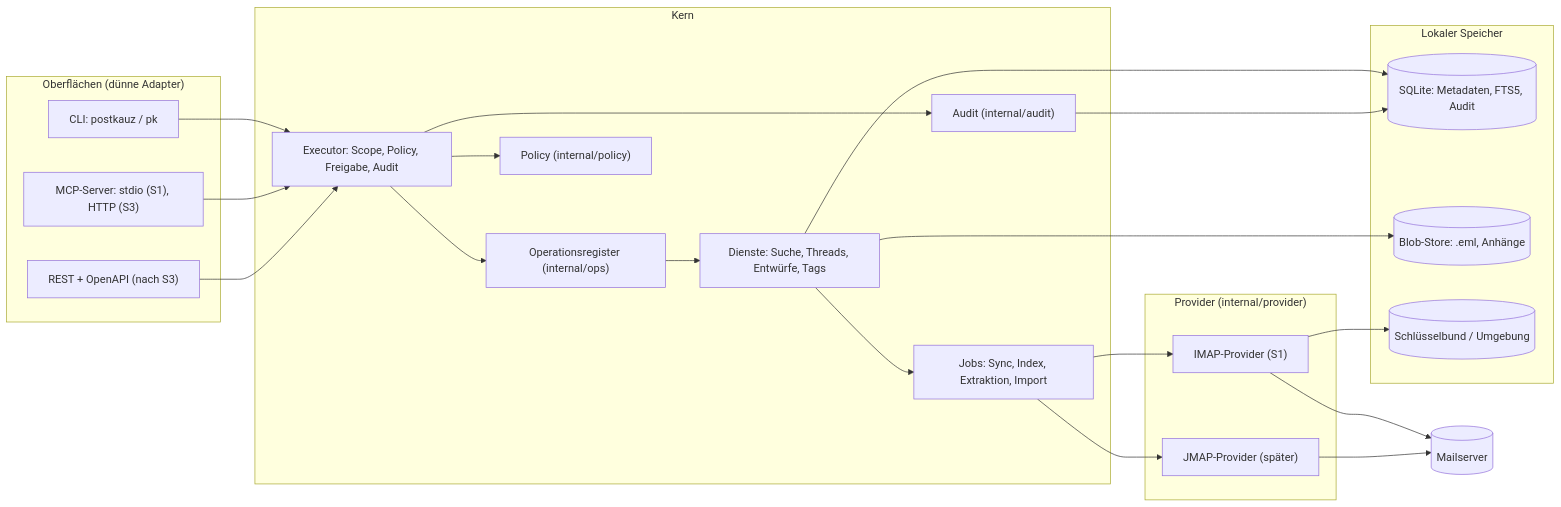
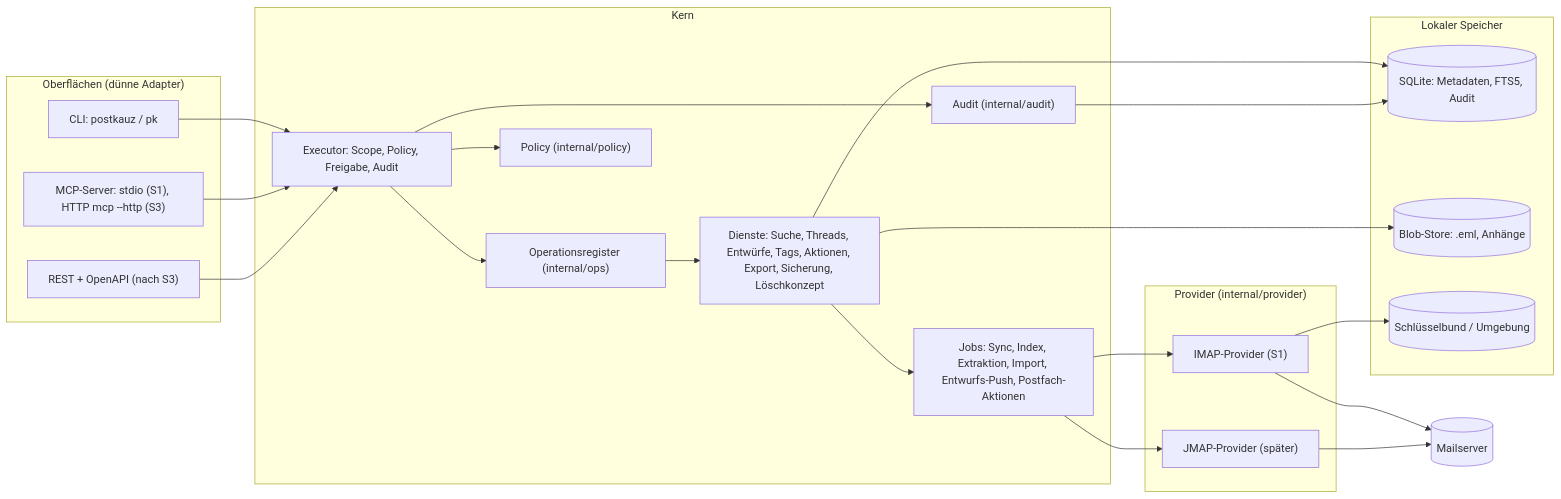
The first of 2 diagrams in docs/architektur.md (KNUFFIXX/postkauz), drawn with Mermaid before and after one commit. The commit also changed other lines of this file and 7 other files, not shown here.

````diff
--- a/docs/architektur.md
+++ b/docs/architektur.md
@@ -13,43 +13,43 @@
 ```mermaid
 flowchart LR
   subgraph Oberflaechen["Oberflächen (dünne Adapter)"]
     CLI["CLI: postkauz / pk"]
-    MCP["MCP-Server: stdio (S1), HTTP (S3)"]
+    MCP["MCP-Server: stdio (S1), HTTP mcp --http (S3)"]
     REST["REST + OpenAPI (nach S3)"]
   end
   subgraph Kern["Kern"]
     REG["Operationsregister (internal/ops)"]
     EXE["Executor: Scope, Policy, Freigabe, Audit"]
     POL["Policy (internal/policy)"]
     AUD["Audit (internal/audit)"]
-    SVC["Dienste: Suche, Threads, Entwürfe, Tags"]
-    JOB["Jobs: Sync, Index, Extraktion, Import"]
+    SVC["Dienste: Suche, Threads, Entwürfe, Tags, Aktionen, Export, Sicherung, Löschkonzept"]
+    JOB["Jobs: Sync, Index, Extraktion, Import, Entwurfs-Push, Postfach-Aktionen"]
   end
   subgraph Speicher["Lokaler Speicher"]
     DB[("SQLite: Metadaten, FTS5, Audit")]
     BLOB[("Blob-Store: .eml, Anhänge")]
     KEY[("Schlüsselbund / Umgebung")]
   end
   subgraph Anbieter["Provider (internal/provider)"]
     IMAP["IMAP-Provider (S1)"]
     JMAP["JMAP-Provider (später)"]
   end
   SRV[("Mailserver")]
 
   CLI --> EXE
   MCP --> EXE
   REST --> EXE
   EXE --> REG
   EXE --> POL
   EXE --> AUD
   REG --> SVC
   SVC --> DB
   SVC --> BLOB
   SVC --> JOB
   AUD --> DB
   JOB --> IMAP
   JOB --> JMAP
   IMAP --> KEY
   IMAP --> SRV
   JMAP --> SRV
 ```
````
